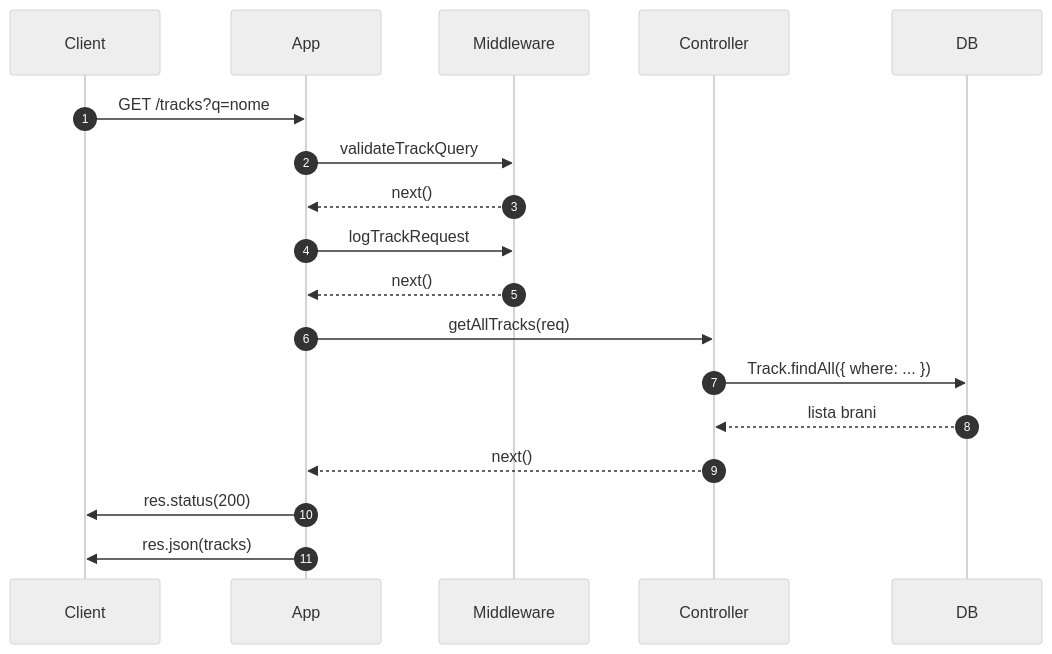
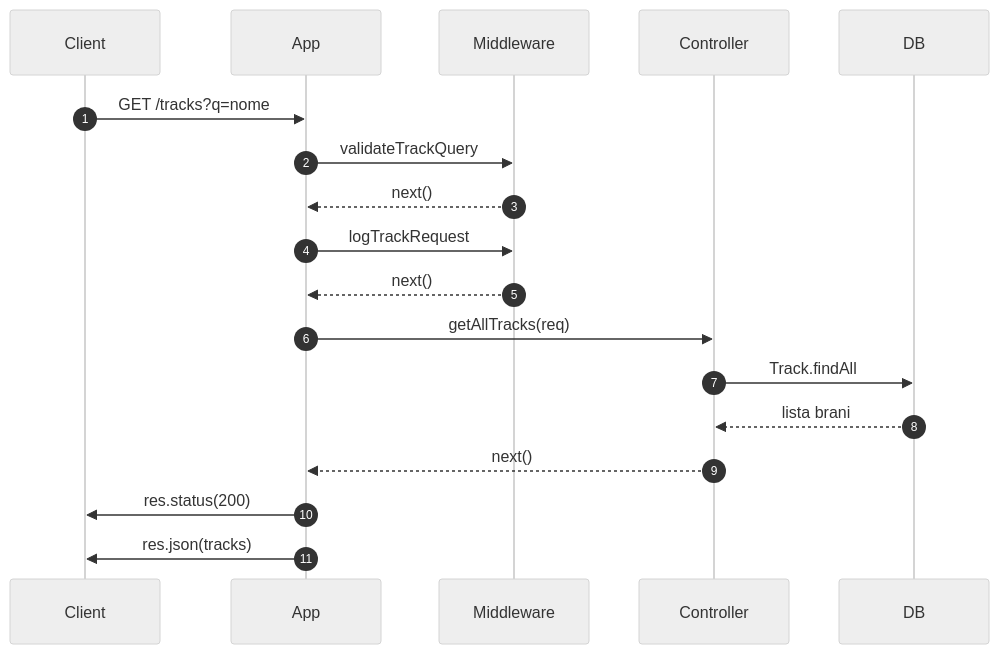
The fourth of 18 diagrams in README.md (Daniel-Diocis/VoidTracksWeb), drawn with Mermaid (neutral theme) before and after one commit. The commit also changed other lines of this file, not shown here.

````diff
--- a/README.md
+++ b/README.md
@@ -384,24 +384,24 @@
 ```mermaid
 sequenceDiagram
   autonumber
   participant Client
   participant App
   participant Middleware
   participant Controller
   participant DB
 
   Client->>App: GET /tracks?q=nome
   App->>Middleware: validateTrackQuery
   Middleware-->>App: next()
 
   App->>Middleware: logTrackRequest
   Middleware-->>App: next()
 
   App->>Controller: getAllTracks(req)
-  Controller->>DB: Track.findAll({ where: ... })
+  Controller->>DB: Track.findAll
   DB-->>Controller: lista brani
   Controller-->>App: next()
 
   App->>Client: res.status(200)
   App->>Client: res.json(tracks)
 ```
````
